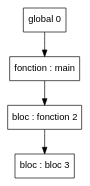
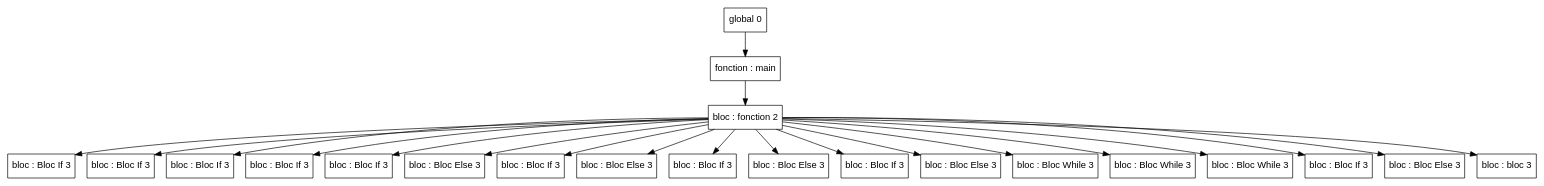
The diagram in Code/out/tds/dot/Test_Unaire/instruction.dot (Hamza-ABDOULHOUSSEN/compil), drawn with Graphviz before and after one commit. The commit also changed 4 other files, not shown here.

```diff
--- a/Code/out/tds/dot/Test_Unaire/instruction.dot
+++ b/Code/out/tds/dot/Test_Unaire/instruction.dot
@@ -1,21 +1,89 @@
 digraph "tds"{
 
 	node [fontname="Arial"];
 
-	N3 [shape=record label="{ bloc : bloc  3
+	N3 [shape=record label="{ bloc : Bloc If  3
+	}"];
+
+	N4 [shape=record label="{ bloc : Bloc If  3
+	}"];
+
+	N5 [shape=record label="{ bloc : Bloc If  3
+	}"];
+
+	N6 [shape=record label="{ bloc : Bloc If  3
+	}"];
+
+	N7 [shape=record label="{ bloc : Bloc If  3
+	}"];
+
+	N8 [shape=record label="{ bloc : Bloc Else  3
+	}"];
+
+	N9 [shape=record label="{ bloc : Bloc If  3
+	}"];
+
+	N10 [shape=record label="{ bloc : Bloc Else  3
+	}"];
+
+	N11 [shape=record label="{ bloc : Bloc If  3
+	}"];
+
+	N12 [shape=record label="{ bloc : Bloc Else  3
+	}"];
+
+	N13 [shape=record label="{ bloc : Bloc If  3
+	}"];
+
+	N14 [shape=record label="{ bloc : Bloc Else  3
+	}"];
+
+	N15 [shape=record label="{ bloc : Bloc While  3
+	}"];
+
+	N16 [shape=record label="{ bloc : Bloc While  3
+	}"];
+
+	N17 [shape=record label="{ bloc : Bloc While  3
+	}"];
+
+	N18 [shape=record label="{ bloc : Bloc If  3
+	}"];
+
+	N19 [shape=record label="{ bloc : Bloc Else  3
+	}"];
+
+	N20 [shape=record label="{ bloc : bloc  3
 	}"];
 
 	N2 [shape=record label="{ bloc : fonction  2
 	}"];
 
 	N1 [shape=record label="{ fonction : main
 	}"];
 
 	N0 [shape=record label="{ global 0
 	}"];
 
 
 	N0 -> N1; 
 	N1 -> N2; 
 	N2 -> N3; 
+	N2 -> N4; 
+	N2 -> N5; 
+	N2 -> N6; 
+	N2 -> N7; 
+	N2 -> N8; 
+	N2 -> N9; 
+	N2 -> N10; 
+	N2 -> N11; 
+	N2 -> N12; 
+	N2 -> N13; 
+	N2 -> N14; 
+	N2 -> N15; 
+	N2 -> N16; 
+	N2 -> N17; 
+	N2 -> N18; 
+	N2 -> N19; 
+	N2 -> N20; 
 }
```
